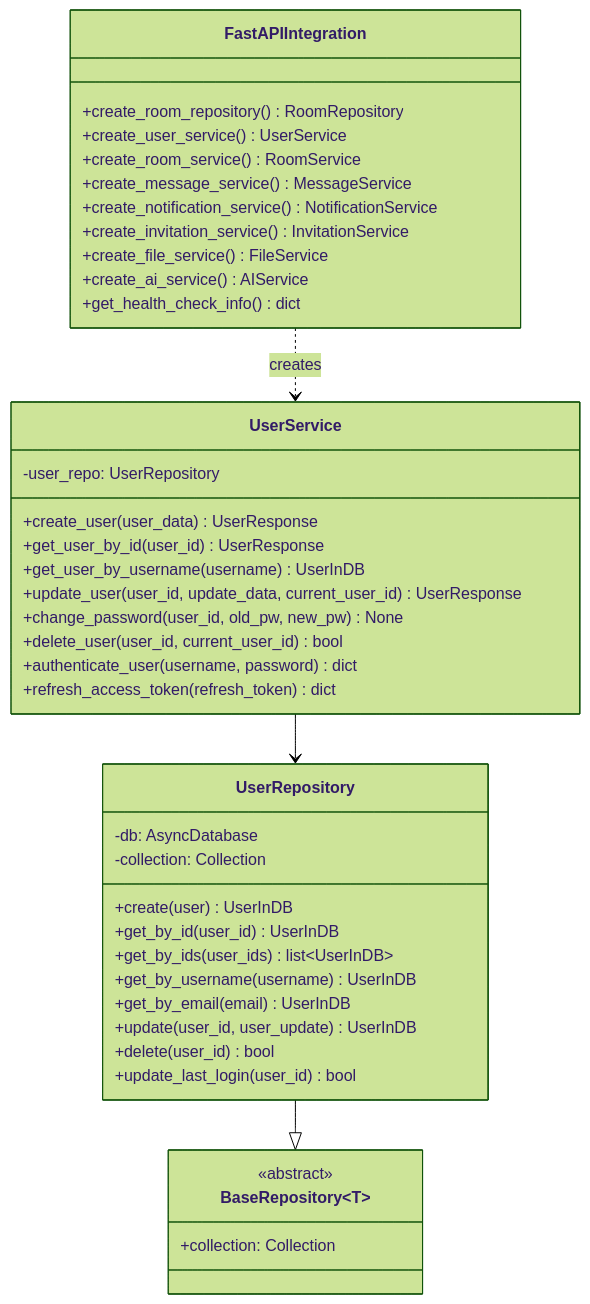
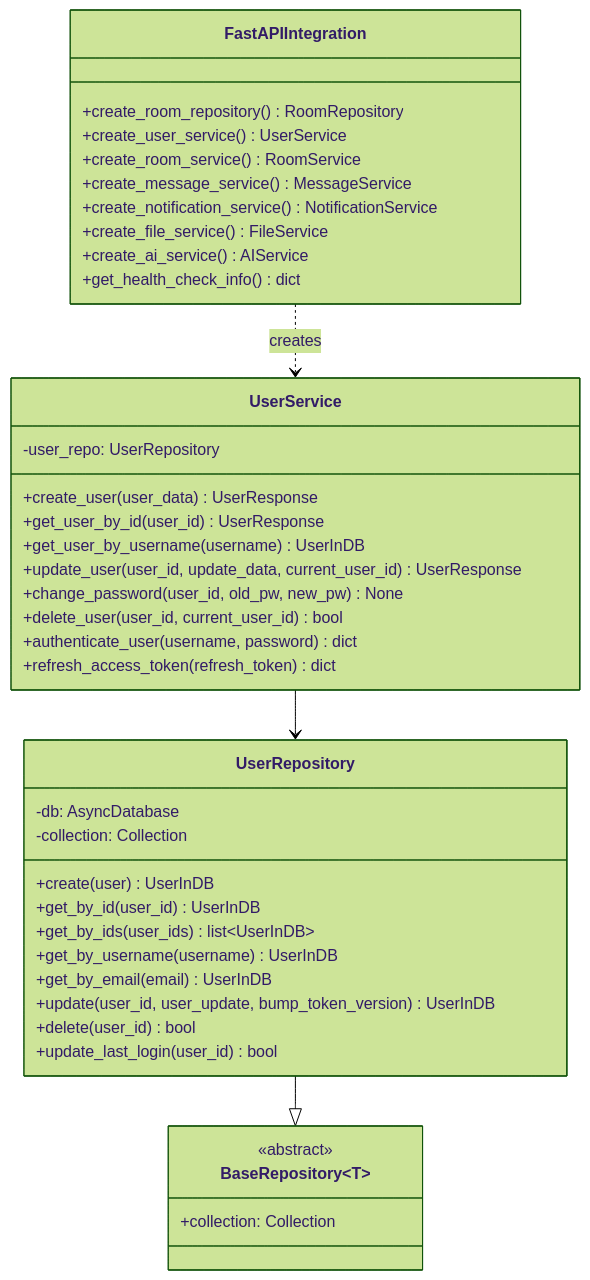
The eighth of 11 diagrams in docs/c4-architecture.md (twtrubiks/mongo-fastapi-svelte-chat), drawn with Mermaid (forest theme) before and after one commit. The commit also changed other lines of this file and 2 other files, not shown here.

````diff
--- a/docs/c4-architecture.md
+++ b/docs/c4-architecture.md
@@ -491,48 +475,47 @@
 ```mermaid
 classDiagram
     class FastAPIIntegration {
         +create_room_repository() RoomRepository
         +create_user_service() UserService
         +create_room_service() RoomService
         +create_message_service() MessageService
         +create_notification_service() NotificationService
-        +create_invitation_service() InvitationService
         +create_file_service() FileService
         +create_ai_service() AIService
         +get_health_check_info() dict
     }
 
     class UserService {
         -user_repo: UserRepository
         +create_user(user_data) UserResponse
         +get_user_by_id(user_id) UserResponse
         +get_user_by_username(username) UserInDB
         +update_user(user_id, update_data, current_user_id) UserResponse
         +change_password(user_id, old_pw, new_pw) None
         +delete_user(user_id, current_user_id) bool
         +authenticate_user(username, password) dict
         +refresh_access_token(refresh_token) dict
     }
 
     class UserRepository {
         -db: AsyncDatabase
         -collection: Collection
         +create(user) UserInDB
         +get_by_id(user_id) UserInDB
         +get_by_ids(user_ids) list~UserInDB~
         +get_by_username(username) UserInDB
         +get_by_email(email) UserInDB
-        +update(user_id, user_update) UserInDB
+        +update(user_id, user_update, bump_token_version) UserInDB
         +delete(user_id) bool
         +update_last_login(user_id) bool
     }
 
     class BaseRepository~T~ {
         <<abstract>>
         +collection: Collection
     }
 
     FastAPIIntegration ..> UserService : creates
     UserService --> UserRepository
     UserRepository --|> BaseRepository
 ```
````
